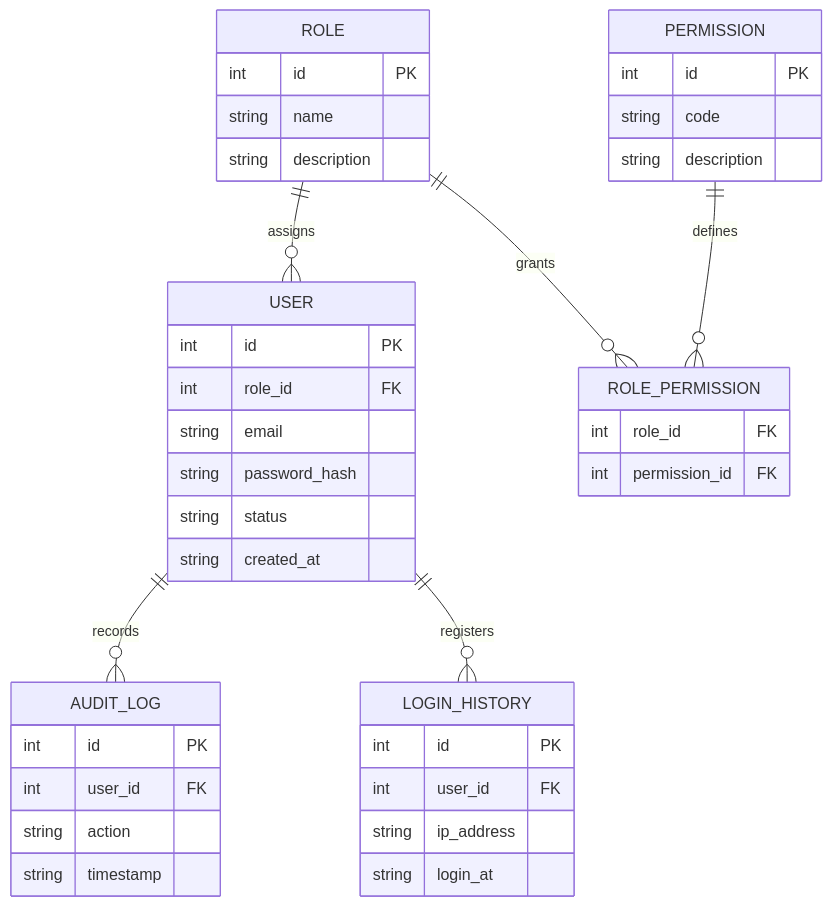
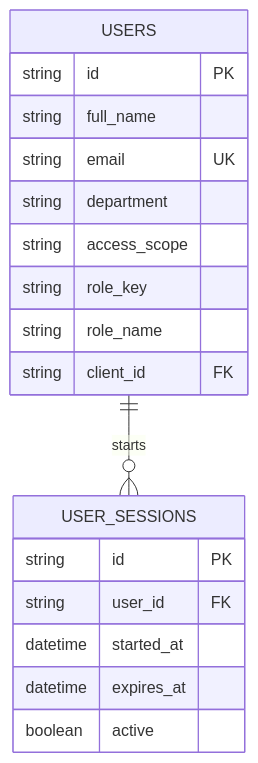
One commit to upc-pre-202610-1asi0730-12242-king/nexa-ecosystem-report changed the first of 7 diagrams in report/40-chapter-4-product-design/4-8-database-design.md. Above: the diagram before and after it, drawn with Mermaid. The commit also changed other lines of this file and 71 other files, not shown here.

````diff
--- a/report/40-chapter-4-product-design/4-8-database-design.md
+++ b/report/40-chapter-4-product-design/4-8-database-design.md
@@ -22,43 +15,21 @@
 ```mermaid
 erDiagram
-    ROLE {
-        int id PK
-        string name
-        string description
+    USERS {
+        string id PK
+        string full_name
+        string email UK
+        string department
+        string access_scope
+        string role_key
+        string role_name
+        string client_id FK
     }
-    USER {
-        int id PK
-        int role_id FK
-        string email
-        string password_hash
-        string status
-        string created_at
+    USER_SESSIONS {
+        string id PK
+        string user_id FK
+        datetime started_at
+        datetime expires_at
+        boolean active
     }
-    PERMISSION {
-        int id PK
-        string code
-        string description
-    }
-    ROLE_PERMISSION {
-        int role_id FK
-        int permission_id FK
-    }
-    AUDIT_LOG {
-        int id PK
-        int user_id FK
-        string action
-        string timestamp
-    }
-    LOGIN_HISTORY {
-        int id PK
-        int user_id FK
-        string ip_address
-        string login_at
-    }
-
-    ROLE ||--o{ USER : assigns
-    ROLE ||--o{ ROLE_PERMISSION : grants
-    PERMISSION ||--o{ ROLE_PERMISSION : defines
-    USER ||--o{ AUDIT_LOG : records
-    USER ||--o{ LOGIN_HISTORY : registers
+    USERS ||--o{ USER_SESSIONS : starts
 ```
````
